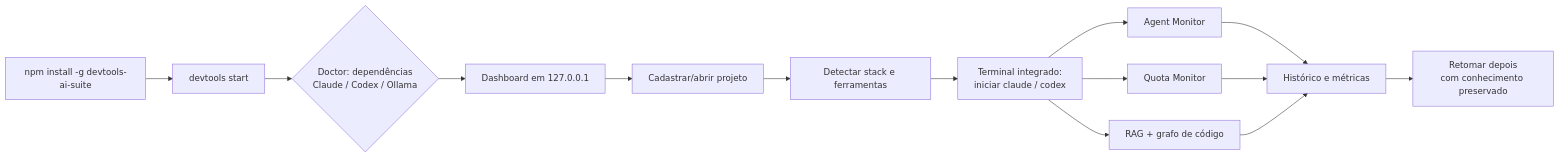
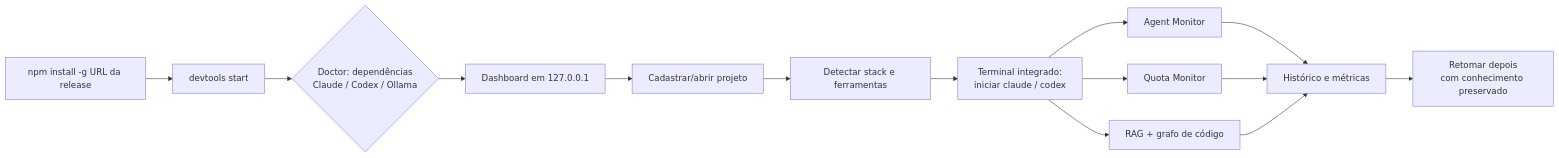
Before and after one commit to daniilooo/dev-tools-ai-suite: the diagram in vault/01_PRODUCT/USER_JOURNEYS.md, drawn with Mermaid. The commit also changed 15 other files, not shown here.

````diff
--- a/vault/01_PRODUCT/USER_JOURNEYS.md
+++ b/vault/01_PRODUCT/USER_JOURNEYS.md
@@ -10,14 +10,14 @@
 ```mermaid
 flowchart LR
-  A[npm install -g devtools-ai-suite] --> B[devtools start]
+  A[npm install -g URL da release] --> B[devtools start]
   B --> C{Doctor: dependências<br/>Claude / Codex / Ollama}
   C --> D[Dashboard em 127.0.0.1]
   D --> E[Cadastrar/abrir projeto]
   E --> F[Detectar stack e ferramentas]
   F --> G[Terminal integrado:<br/>iniciar claude / codex]
   G --> H[Agent Monitor]
   G --> I[Quota Monitor]
   G --> J[RAG + grafo de código]
   H & I & J --> K[Histórico e métricas]
   K --> L[Retomar depois<br/>com conhecimento preservado]
 ```
````
